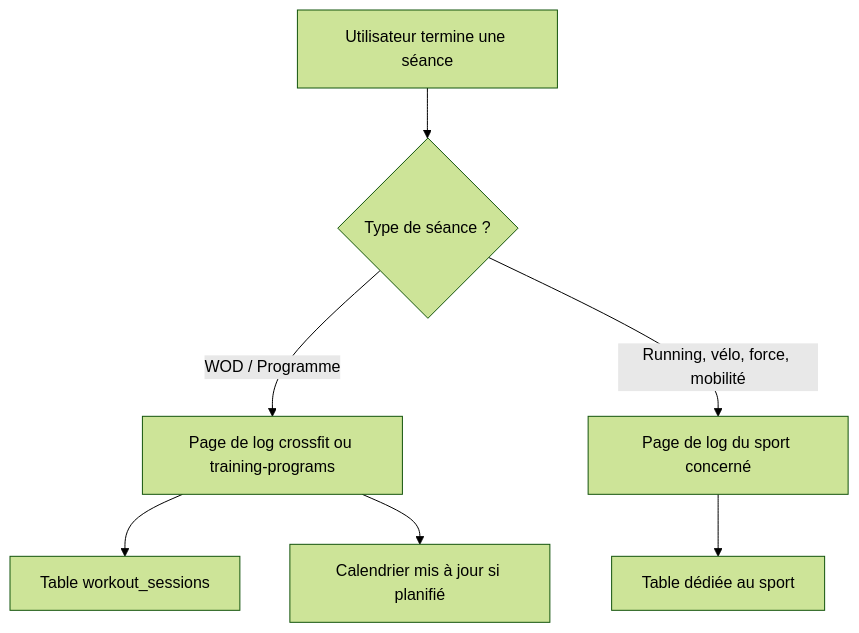
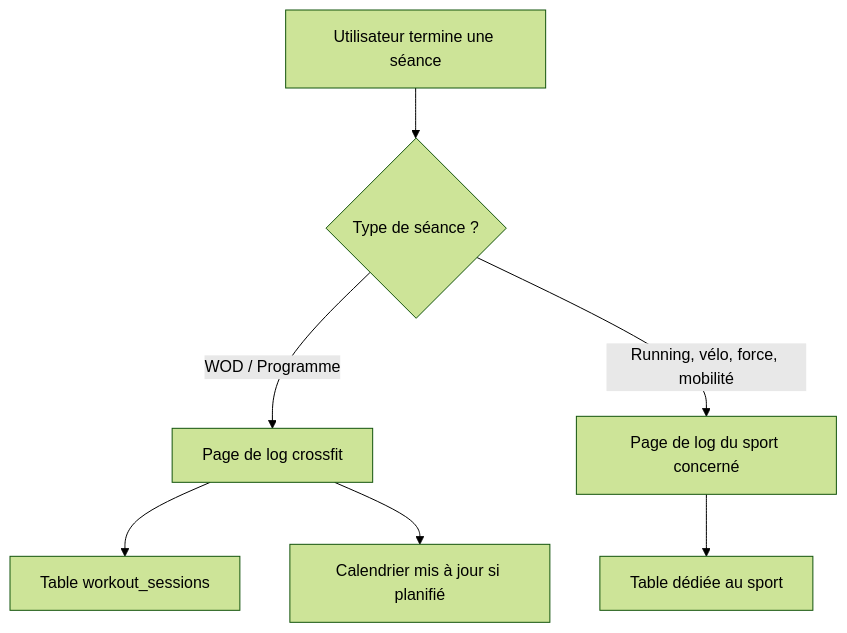
One commit to Dawie33/training-camp changed the diagram in docs/flux-log-workout.md. Above: the diagram before and after it, drawn with Mermaid (forest theme). The commit also changed other lines of this file and 38 other files, not shown here.

````diff
--- a/docs/flux-log-workout.md
+++ b/docs/flux-log-workout.md
@@ -14,9 +14,9 @@
 ```mermaid
 graph TD
     A[Utilisateur termine une séance] --> B{Type de séance ?}
-    B -->|WOD / Programme| C[Page de log crossfit ou training-programs]
+    B -->|WOD / Programme| C[Page de log crossfit]
     B -->|Running, vélo, force, mobilité| D[Page de log du sport concerné]
     C --> E[Table workout_sessions]
     D --> F[Table dédiée au sport]
     C --> G[Calendrier mis à jour si planifié]
 ```
````
